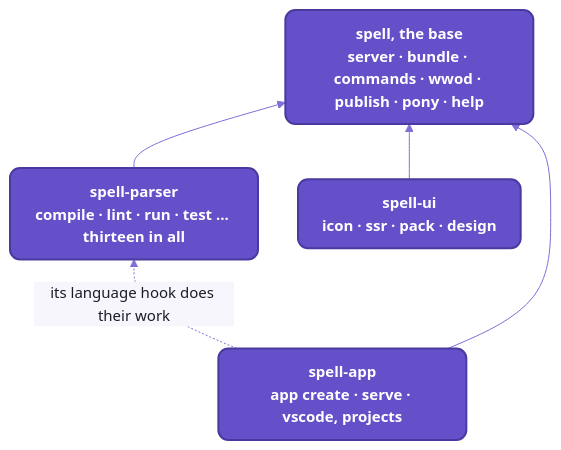
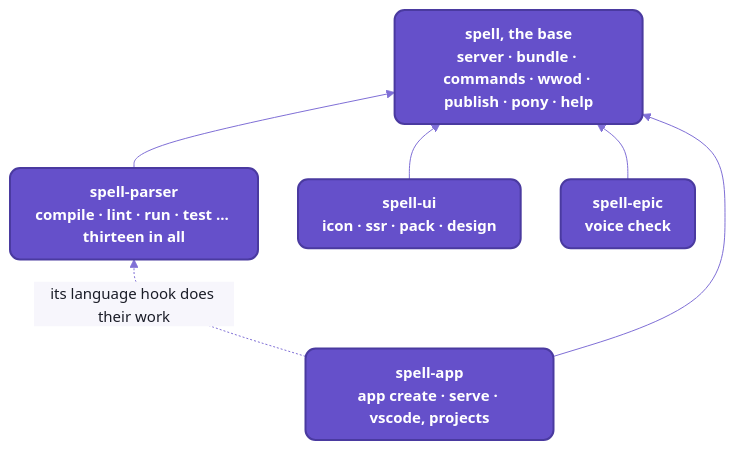
One commit to spell-app/spell changed the diagram in README/cli.md. Above: the diagram before and after it, drawn with Mermaid. The commit also changed other lines of this file and 8 other files, not shown here.

Commit message:
epic-engine J256:  spell voice check, a second name for epic voice check

````diff
--- a/README/cli.md
+++ b/README/cli.md
@@ -153,13 +153,14 @@
 ```mermaid
 %%{init: {"theme":"base","themeVariables":{"fontFamily":"-apple-system, BlinkMacSystemFont, Segoe UI, Helvetica, Arial, sans-serif","fontSize":"15px","primaryColor":"#EFECFB","primaryBorderColor":"#6550CA","primaryTextColor":"#1A1C27","secondaryColor":"#F4F1E9","tertiaryColor":"#F7F6FC","lineColor":"#7F6FD6","textColor":"#7F6FD6","clusterBkg":"#F7F6FC","clusterBorder":"#B9B0E8","titleColor":"#1A1C27","edgeLabelBackground":"#F7F6FC","actorBkg":"#EFECFB","actorBorder":"#6550CA","actorTextColor":"#1A1C27","actorLineColor":"#9C90DE","signalColor":"#7F6FD6","signalTextColor":"#7F6FD6","labelBoxBkgColor":"#EFECFB","labelBoxBorderColor":"#6550CA","labelTextColor":"#1A1C27","loopTextColor":"#7F6FD6","noteBkgColor":"#F1E7D4","noteBorderColor":"#C9B48A","noteTextColor":"#1A1C27","activationBkgColor":"#DCD6F7","activationBorderColor":"#6550CA","sequenceNumberColor":"#FFFFFF"},"flowchart":{"curve":"basis","padding":12,"nodeSpacing":40,"rankSpacing":44}}}%%
 flowchart BT
   base["spell, the base<br/>server · bundle · commands · wwod · publish · pony · help"]
   lang["spell-parser<br/>compile · lint · run · test ... thirteen in all"] --> base
   ui["spell-ui<br/>icon · ssr · pack · design"] --> base
+  epic["spell-epic<br/>voice check"] --> base
   app["spell-app<br/>app create · serve · vscode, projects"] --> base
   app -. "its language hook does their work" .-> lang
   %% the Spell look:  yarn mermaid:pretty
   classDef default fill:#EFECFB,stroke:#6550CA,stroke-width:1.5px,color:#1A1C27,rx:8px,ry:8px
   classDef repo fill:#6550CA,stroke:#4A3AA0,stroke-width:2px,color:#FFFFFF,rx:10px,ry:10px,font-weight:600
-  class base,lang,ui,app repo
+  class base,lang,ui,epic,app repo
 ```
````
